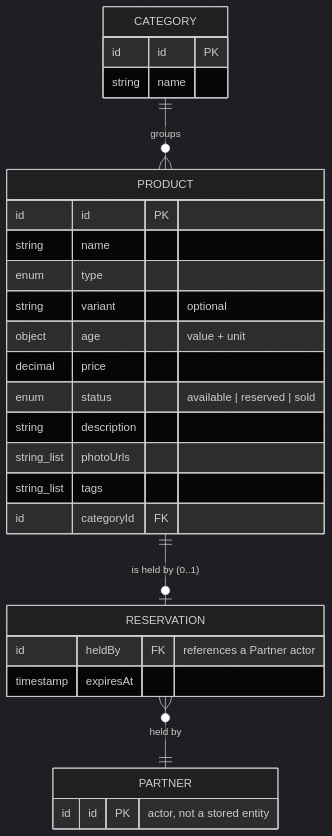
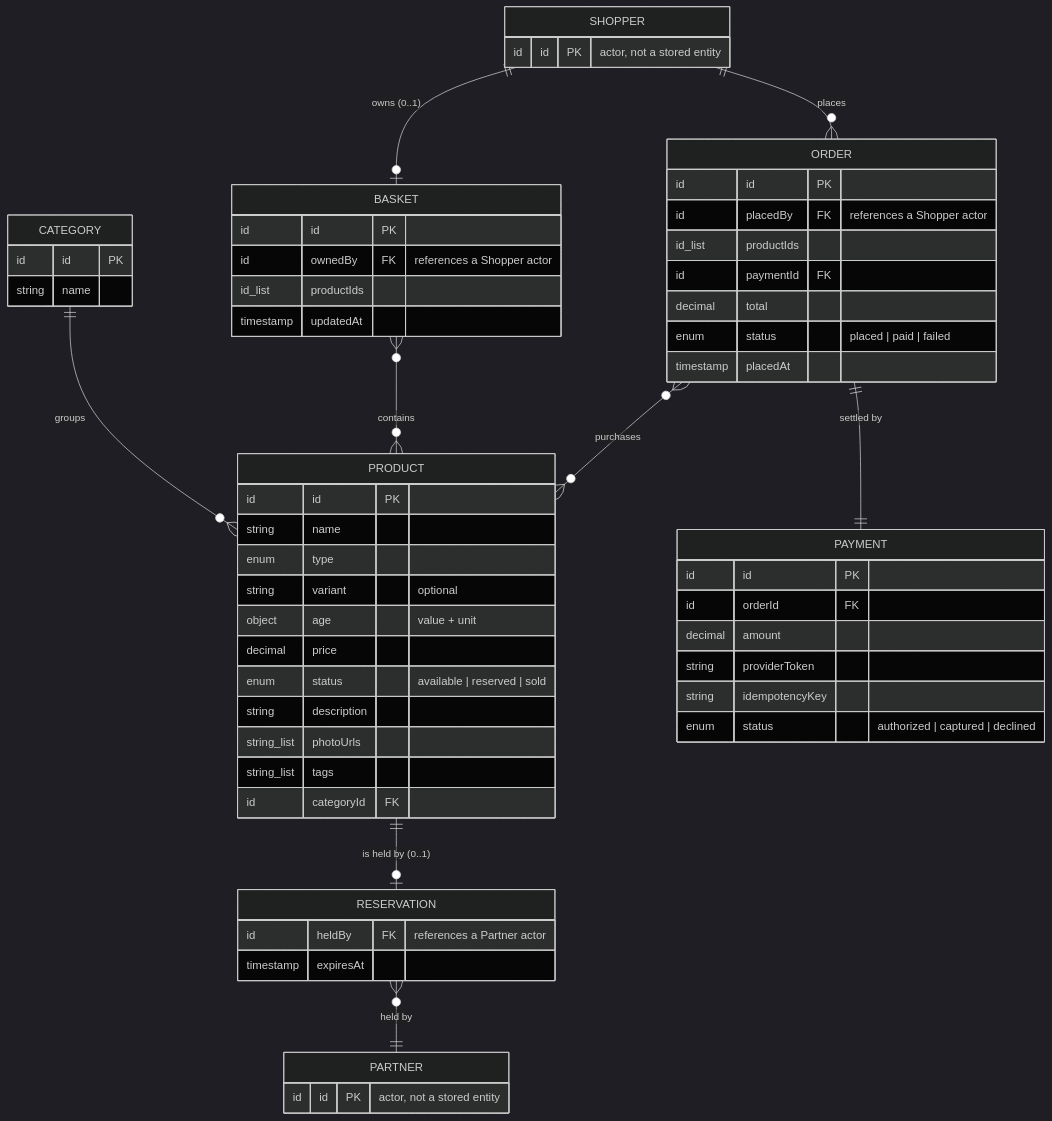
Before and after one commit to kieranpotts/specs: the first of 2 diagrams in specification/context/model/README.md, drawn with Mermaid (dark theme). The commit also changed other lines of this file and 20 other files, not shown here.

````diff
--- a/specification/context/model/README.md
+++ b/specification/context/model/README.md
@@ -64,34 +115,69 @@
 ```mermaid
 erDiagram
     CATEGORY ||--o{ PRODUCT : "groups"
     PRODUCT ||--o| RESERVATION : "is held by (0..1)"
     RESERVATION }o--|| PARTNER : "held by"
+    SHOPPER ||--o| BASKET : "owns (0..1)"
+    BASKET }o--o{ PRODUCT : "contains"
+    SHOPPER ||--o{ ORDER : "places"
+    ORDER }o--o{ PRODUCT : "purchases"
+    ORDER ||--|| PAYMENT : "settled by"
 
     CATEGORY {
         id   id   PK
         string name
     }
 
     PRODUCT {
         id          id          PK
         string      name
         enum        type
         string      variant     "optional"
         object      age         "value + unit"
         decimal     price
         enum        status      "available | reserved | sold"
         string      description
         string_list photoUrls
         string_list tags
         id          categoryId  FK
     }
 
     RESERVATION {
         id        heldBy    FK "references a Partner actor"
         timestamp expiresAt
     }
 
+    BASKET {
+        id        id        PK
+        id        ownedBy   FK "references a Shopper actor"
+        id_list   productIds
+        timestamp updatedAt
+    }
+
+    ORDER {
+        id        id        PK
+        id        placedBy  FK "references a Shopper actor"
+        id_list   productIds
+        id        paymentId FK
+        decimal   total
+        enum      status    "placed | paid | failed"
+        timestamp placedAt
+    }
+
+    PAYMENT {
+        id      id            PK
+        id      orderId       FK
+        decimal amount
+        string  providerToken
+        string  idempotencyKey
+        enum    status        "authorized | captured | declined"
+    }
+
     PARTNER {
         id id PK "actor, not a stored entity"
     }
+
+    SHOPPER {
+        id id PK "actor, not a stored entity"
+    }
 ```
````
